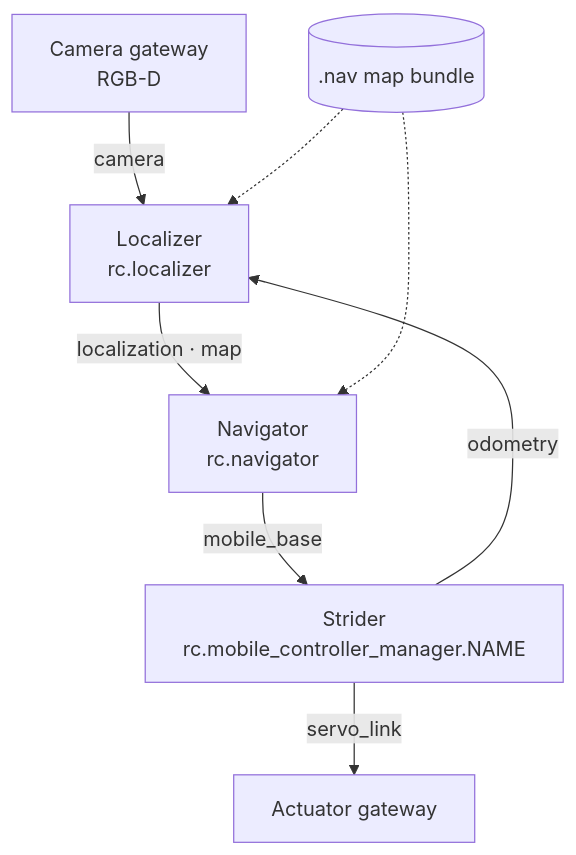
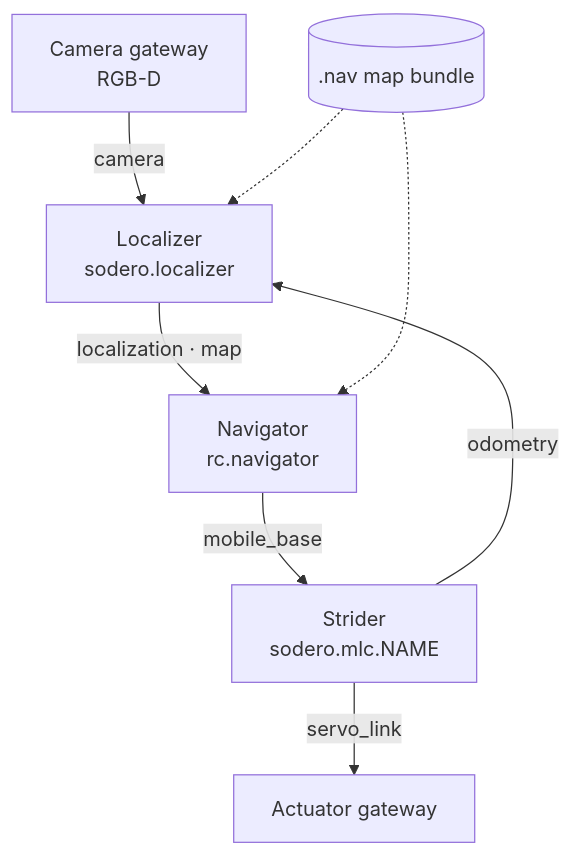
The diagram in docs/navigation/overview/index.md (Sodero-labs/docs), drawn with Mermaid before and after one commit. The commit also changed 15 other files, not shown here.

````diff
--- a/docs/navigation/overview/index.md
+++ b/docs/navigation/overview/index.md
@@ -9,10 +9,10 @@
 ```mermaid
 flowchart TB
-    CAM["Camera gateway<br>RGB-D"] -- camera --> LOC["Localizer<br>rc.localizer"]
-    STR["Strider<br>rc.mobile_controller_manager.NAME"] -- odometry --> LOC
+    CAM["Camera gateway<br>RGB-D"] -- camera --> LOC["Localizer<br>sodero.localizer"]
+    STR["Strider<br>sodero.mlc.NAME"] -- odometry --> LOC
     LOC -- "localization · map" --> NAV["Navigator<br>rc.navigator"]
     NAV -- mobile_base --> STR
     MAP[(".nav map bundle")] -.-> LOC
     MAP -.-> NAV
     STR -- servo_link --> GW["Actuator gateway"]
 ```
````
